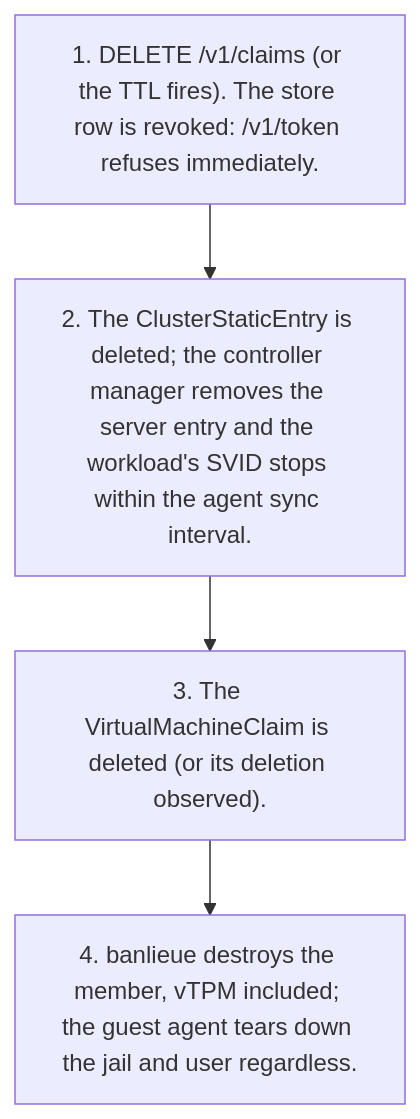
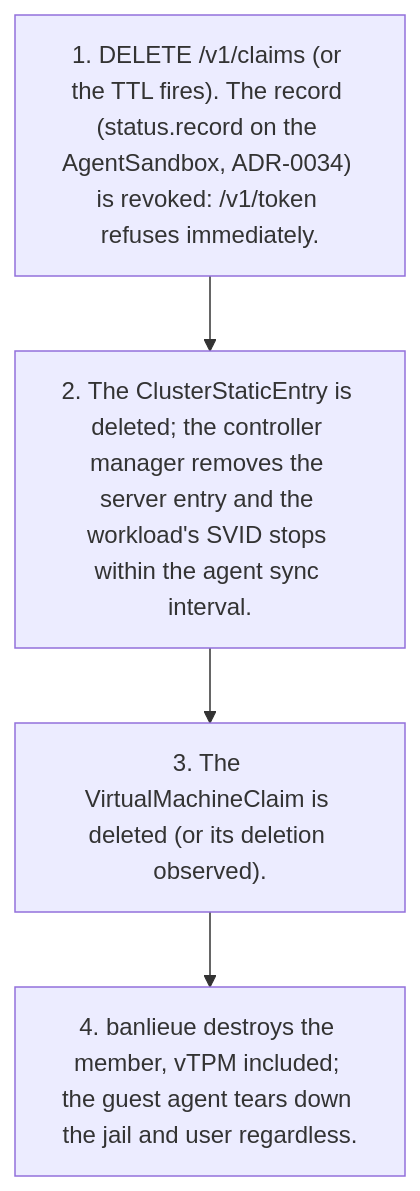
One commit to firestoned/mediatore changed the second of 5 diagrams in docs/architecture/diagrams/flows.md. Above: the diagram before and after it, drawn with Mermaid. The commit also changed other lines of this file and 92 other files, not shown here.

````diff
--- a/docs/architecture/diagrams/flows.md
+++ b/docs/architecture/diagrams/flows.md
@@ -52,8 +52,8 @@
 ```mermaid
 flowchart TD
-    t1["1. DELETE /v1/claims (or the TTL fires). The store row is revoked: /v1/token refuses immediately."]
+    t1["1. DELETE /v1/claims (or the TTL fires). The record (status.record on the AgentSandbox, ADR-0034) is revoked: /v1/token refuses immediately."]
     t2["2. The ClusterStaticEntry is deleted; the controller manager removes the server entry and the workload's SVID stops within the agent sync interval."]
     t3["3. The VirtualMachineClaim is deleted (or its deletion observed)."]
     t4["4. banlieue destroys the member, vTPM included; the guest agent tears down the jail and user regardless."]
     t1 --> t2 --> t3 --> t4
 ```
````
